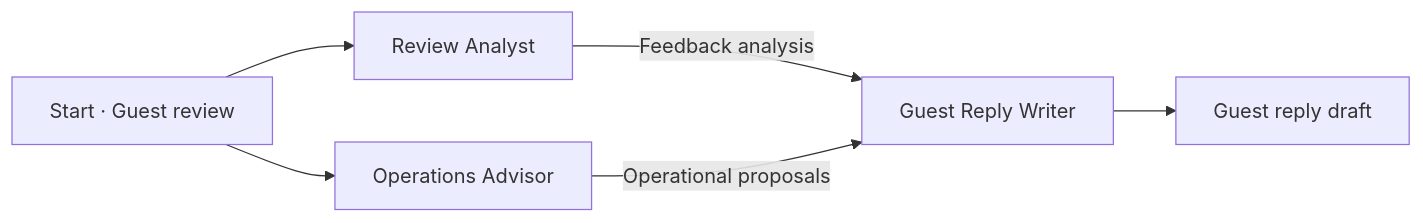
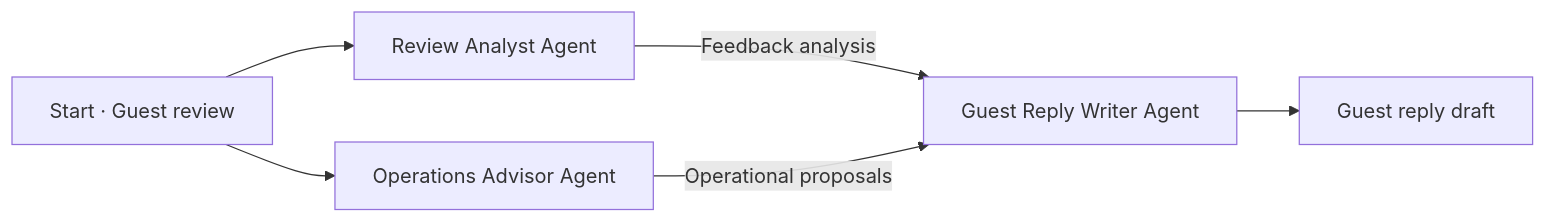
The diagram in docs/_includes/steps/en/1.md (soohyunme/ai-agent-team-workshop), drawn with Mermaid before and after one commit. The commit also changed 1 other file, not shown here.

Commit message:
Label all three Mermaid roles as agents

````diff
--- a/docs/_includes/steps/en/1.md
+++ b/docs/_includes/steps/en/1.md
@@ -33,10 +33,10 @@
 ```mermaid
 flowchart LR
     accTitle: Hotel review response collaboration
-    accDescr: The review analyst and operations advisor independently read the same guest review. The guest reply writer combines both results into a reply draft.
-    S["Start · Guest review"] --> A["Review Analyst"]
-    S --> B["Operations Advisor"]
-    A -->|Feedback analysis| C["Guest Reply Writer"]
+    accDescr: The Review Analyst Agent and Operations Advisor Agent independently read the same guest review. The Guest Reply Writer Agent combines both results into a reply draft.
+    S["Start · Guest review"] --> A["Review Analyst Agent"]
+    S --> B["Operations Advisor Agent"]
+    A -->|Feedback analysis| C["Guest Reply Writer Agent"]
     B -->|Operational proposals| C
     C --> R["Guest reply draft"]
 ```
````
